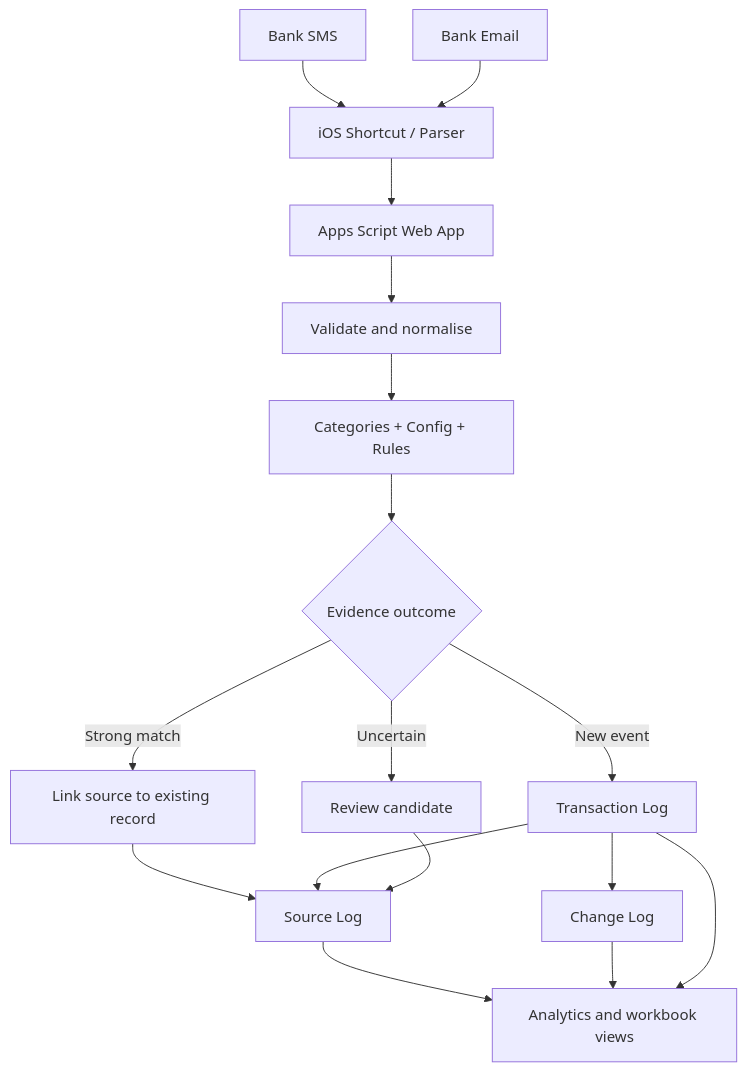
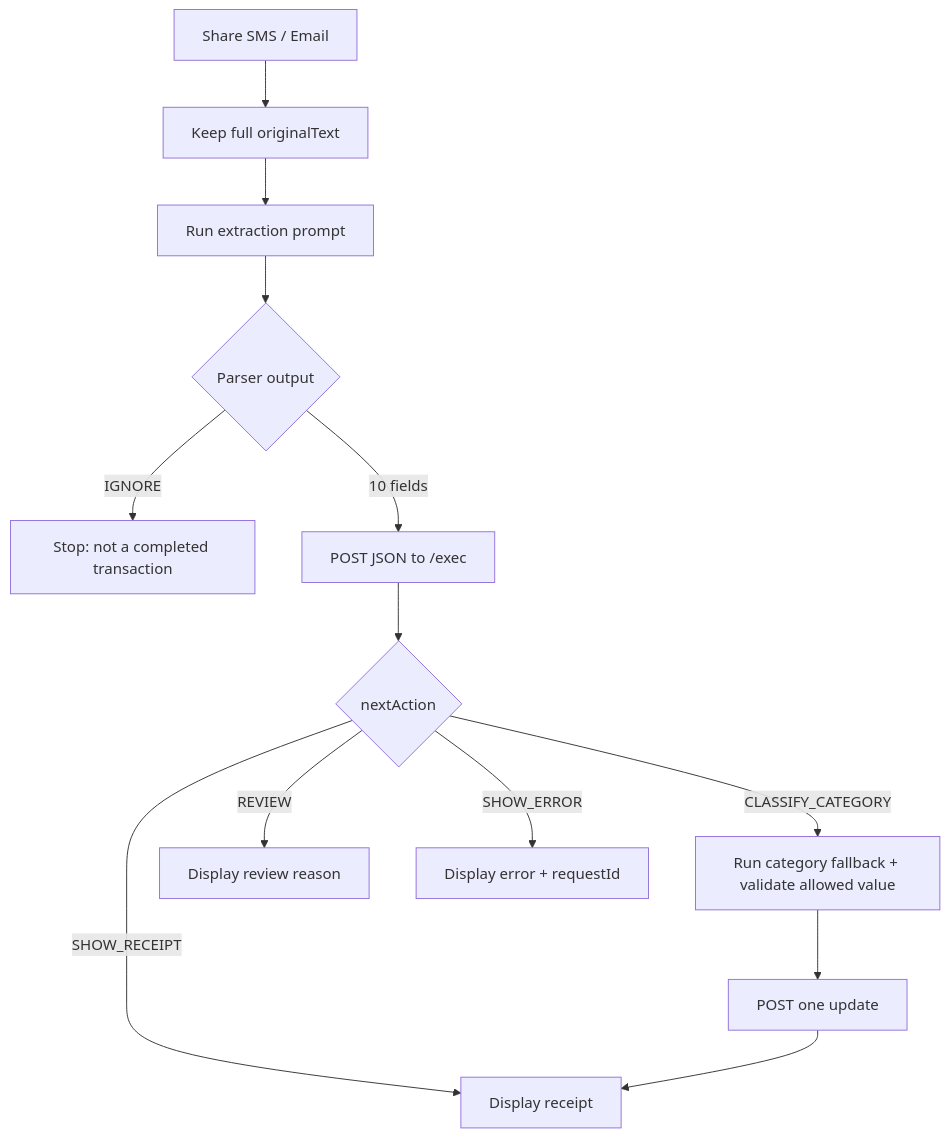
One commit to asish312/Personal-Finance-Intelligence-System changed the third of 3 diagrams in README.md. Above: the diagram before and after it, drawn with Mermaid. The commit also changed other lines of this file, not shown here.

````diff
--- a/README.md
+++ b/README.md
@@ -312,19 +502,15 @@
-```mermaid
+~~~mermaid
 flowchart TD
-  A["Bank SMS"] --> C["iOS Shortcut / Parser"]
-  B["Bank Email"] --> C
-  C --> D["Apps Script Web App"]
-  D --> E["Validate and normalise"]
-  E --> F["Categories + Config + Rules"]
-  F --> G{"Evidence outcome"}
-  G -->|"Strong match"| H["Link source to existing record"]
-  G -->|"New event"| I["Transaction Log"]
-  G -->|"Uncertain"| J["Review candidate"]
-  H --> K["Source Log"]
-  I --> K
-  J --> K
-  I --> L["Change Log"]
-  K --> M["Analytics and workbook views"]
-  L --> M
-  I --> M
-```
+  A["Share SMS / Email"] --> B["Keep full originalText"]
+  B --> C["Run extraction prompt"]
+  C --> D{"Parser output"}
+  D -->|"IGNORE"| E["Stop: not a completed transaction"]
+  D -->|"10 fields"| F["POST JSON to /exec"]
+  F --> G{"nextAction"}
+  G -->|"SHOW_RECEIPT"| H["Display receipt"]
+  G -->|"CLASSIFY_CATEGORY"| I["Run category fallback + validate allowed value"]
+  G -->|"REVIEW"| J["Display review reason"]
+  G -->|"SHOW_ERROR"| K["Display error + requestId"]
+  I --> L["POST one update"]
+  L --> H
+~~~
````
